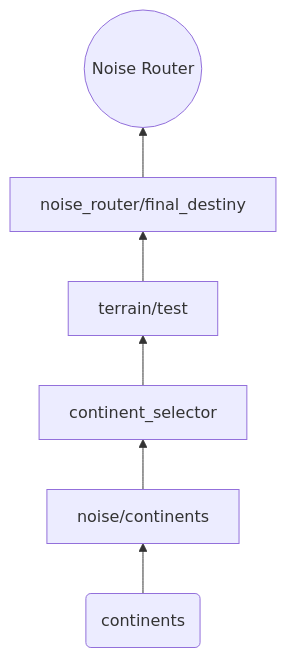
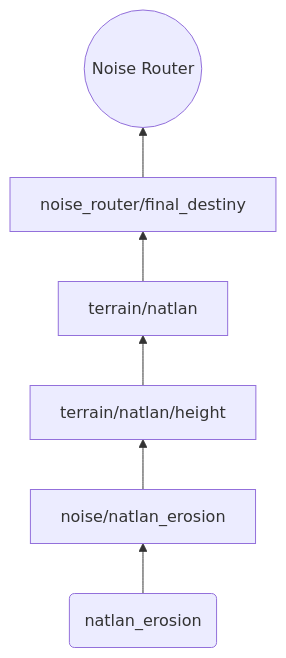
One commit to annhilati/teyvat changed the diagram in CONCEPT.md. Above: the diagram before and after it, drawn with Mermaid. The commit also changed 19 other files, not shown here.

````diff
--- a/CONCEPT.md
+++ b/CONCEPT.md
@@ -10,10 +10,10 @@
 ```mermaid
 flowchart BT
     NR((Noise Router))
     nr/fd[noise_router/final_destiny] --> NR
-    t/t[terrain/test] --> nr/fd
-    cts[continent_selector] --> t/t
-    n/ct[noise/continents] --> cts
-    Ncts(continents) --> n/ct
+    t/nat[terrain/natlan] --> nr/fd
+    t/nat/h[terrain/natlan/height] --> t/nat
+    n/nate[noise/natlan_erosion] --> t/nat/h
+    Nnate(natlan_erosion) --> n/nate
 
 ```
````
